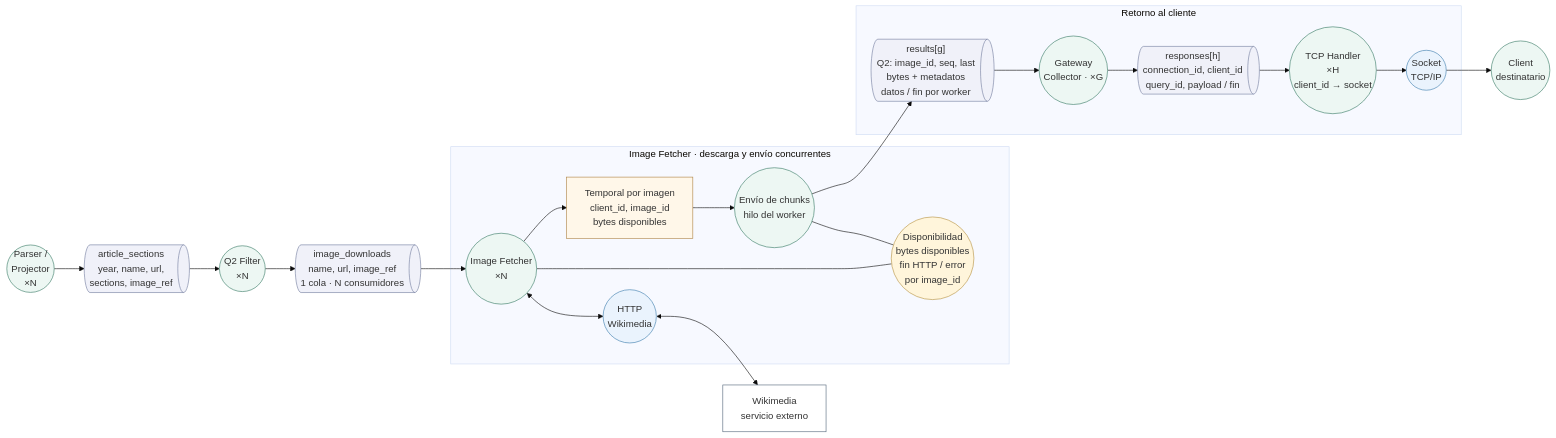
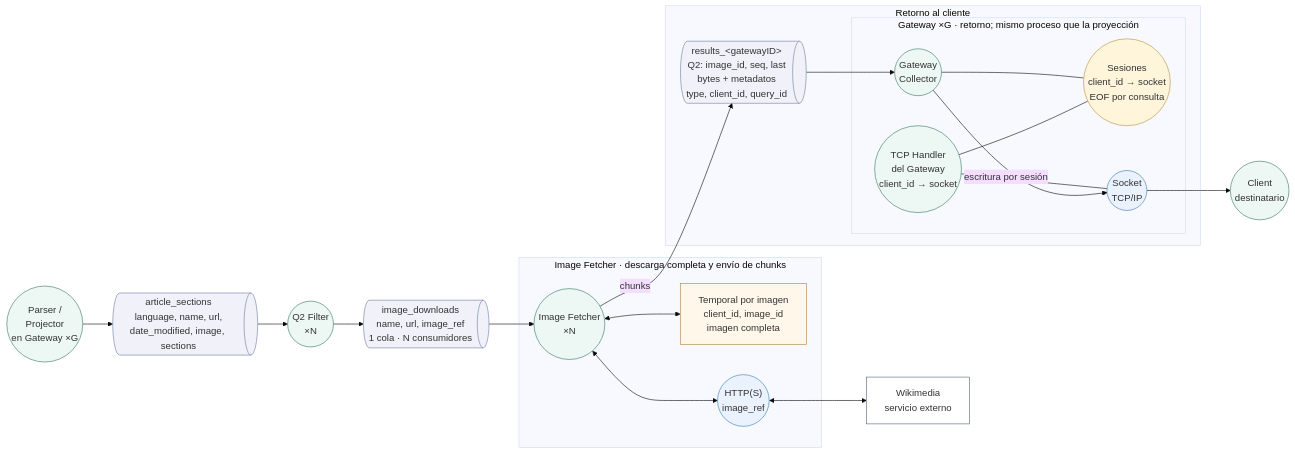
One commit to NicoPodesta/trabajo-final-distribuidos changed the diagram in Diagramas/Robustez/DIagrama-robustez-q2.mmd. Above: the diagram before and after it, drawn with Mermaid (base theme). The commit also changed 13 other files, not shown here.

Commit message:
Docs: Diagramas de robustez

```diff
--- a/Diagramas/Robustez/DIagrama-robustez-q2.mmd
+++ b/Diagramas/Robustez/DIagrama-robustez-q2.mmd
@@ -1,56 +1,55 @@
 %% Q2 · biografías y descarga de imágenes
 %% Fuente semántica; SVG y PNG usan una distribución fija para conservar legibilidad.
-%% Cierres: notificación a todos los participantes después de procesar sus datos.
+%% Réplicas: se conserva el diseño previsto; la coordinación de cierre aún tiene pendientes.
+%% Parser, TCP Handler y Collector pertenecen al mismo proceso Gateway; se muestran en dos vistas.
 flowchart LR
-    subgraph FETCHER["Image Fetcher · descarga y envío concurrentes"]
+    subgraph FETCHER["Image Fetcher · descarga completa y envío de chunks"]
     IMG(("Image Fetcher<br/>×N"))
-    IF["Temporal por imagen<br/>client_id, image_id<br/>bytes disponibles"]
-    HTTP(("HTTP<br/>Wikimedia"))
-    SEND(("Envío de chunks<br/>hilo del worker"))
-    READY(("Disponibilidad<br/>bytes disponibles<br/>fin HTTP / error<br/>por image_id"))
+    IF["Temporal por imagen<br/>client_id, image_id<br/>imagen completa"]
+    HTTP(("HTTP(S)<br/>image_ref"))
     end
     subgraph RETURN["Retorno al cliente"]
-    RQ@{ shape: h-cyl, label: "results[g]<br/>Q2: image_id, seq, last<br/>bytes + metadatos<br/>datos / fin por worker" }
-    GW(("Gateway<br/>Collector · ×G"))
-    RESPQ@{ shape: h-cyl, label: "responses[h]<br/>connection_id, client_id<br/>query_id, payload / fin" }
-    RX(("TCP Handler<br/>×H<br/>client_id → socket"))
+    RQ@{ shape: h-cyl, label: "results_&lt;gatewayID&gt;<br/>Q2: image_id, seq, last<br/>bytes + metadatos<br/>type, client_id, query_id" }
+    subgraph GATEWAY["Gateway ×G · retorno; mismo proceso que la proyección"]
+    GW(("Gateway<br/>Collector"))
+    SESSION(("Sesiones<br/>client_id → socket<br/>EOF por consulta"))
+    RX(("TCP Handler<br/>del Gateway<br/>client_id → socket"))
     API(("Socket<br/>TCP/IP"))
     end
-    P(("Parser /<br/>Projector<br/>×N"))
-    Q2Q@{ shape: h-cyl, label: "article_sections<br/>year, name, url,<br/>sections, image_ref" }
+    end
+    P(("Parser /<br/>Projector<br/>en Gateway ×G"))
+    Q2Q@{ shape: h-cyl, label: "article_sections<br/>language, name, url,<br/>date_modified, image, sections" }
     Q2(("Q2 Filter<br/>×N"))
     IQ@{ shape: h-cyl, label: "image_downloads<br/>name, url, image_ref<br/>1 cola · N consumidores" }
     WM["Wikimedia<br/>servicio externo"]
     C(("Client<br/>destinatario"))
     P --> Q2Q
     Q2Q --> Q2
     Q2 --> IQ
     IQ --> IMG
-    IMG --> IF
-    IF --> SEND
+    IMG <--> IF
+    IMG -->|chunks| RQ
     IMG <--> HTTP
     HTTP <--> WM
     RQ --> GW
-    GW --> RESPQ
-    RESPQ --> RX
-    RX --> API
+    GW --- SESSION
+    RX --- SESSION
+    RX --- API
+    GW -->|escritura por sesión| API
     API --> C
-    SEND --> RQ
-    IMG --- READY
-    SEND --- READY
     classDef control fill:#edf7f3,stroke:#377964;
-    class P,Q2,IMG,SEND,GW,RX,C control;
+    class P,Q2,IMG,GW,RX,C control;
     classDef boundary fill:#eaf3fd,stroke:#397bac;
     class HTTP,API boundary;
     classDef entity fill:#fff5db,stroke:#b6903e;
-    class READY entity;
+    class SESSION entity;
     classDef queue fill:#f0f1f9,stroke:#737d9e;
-    class Q2Q,IQ,RQ,RESPQ queue;
+    class Q2Q,IQ,RQ queue;
     classDef exchange fill:#f0f1f9,stroke:#737d9e;
     classDef file fill:#fff7e9,stroke:#ad8242;
     class IF file;
     classDef actor fill:white,stroke:#526579;
     class WM actor;
-%% Descarga y lectura concurrentes: Un temporal por (client_id, image_id). Descarga escribe y avisa bytes disponibles; Envío espera esa señal si alcanza el final momentáneo. EOF del archivo no significa fin HTTP. El estado se sincroniza entre ambos hilos.
-%% Chunks y metadatos: Publica (image_id, seq, last, bytes) en results[g]. Conserva client_id y gateway_id; asocia name y url a image_id. last requiere fin HTTP exitoso y todos los bytes leídos. Si la cola está llena, espera el emisor; las descargas siguen mientras haya cupo y disco.
-%% Borrado y cierre: Borra el temporal y libera el cupo cuando terminó la descarga y se aceptaron todos sus chunks, sin lectores activos. El fin Q2 espera entrada cerrada y todas las tareas terminadas. Un fallo HTTP no se publica como imagen completa; su política sigue pendiente.
+%% Descarga y envío: Un temporal por (client_id, image_id). Primero descarga la imagen completa; después el mismo Fetcher lee el temporal y publica chunks. No hay un hilo de envío separado.
+%% Chunks y metadatos: Publica image_id, seq, last y bytes en results_<gatewayID>. name y url viajan solo en el primer chunk; el encabezado lleva type, client_id y query_id. last identifica el último chunk de la imagen.
+%% Borrado y cierre: Tras el envío, cierra y borra el temporal. El EOF Q2 es distinto del último chunk de una imagen. Se conserva la perspectiva de réplicas; su cierre coordinado sigue pendiente.
```
